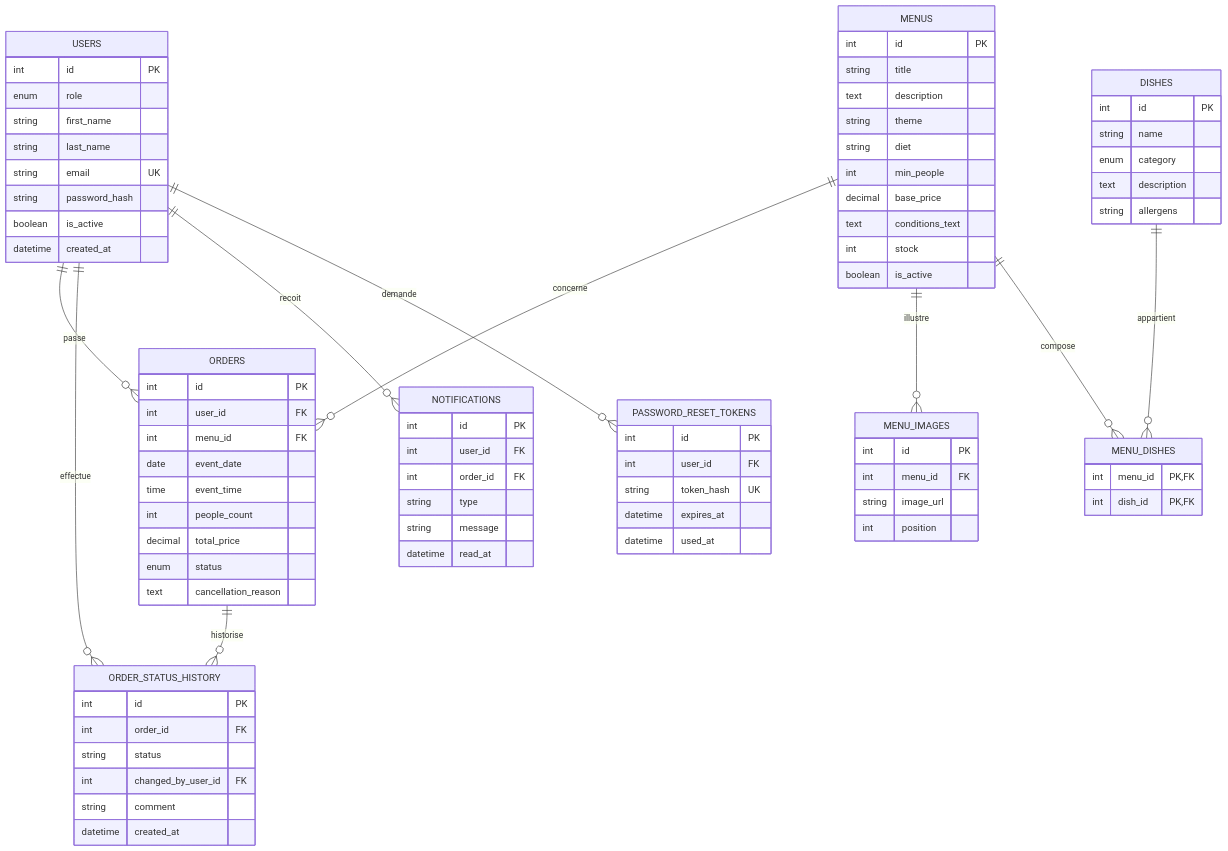
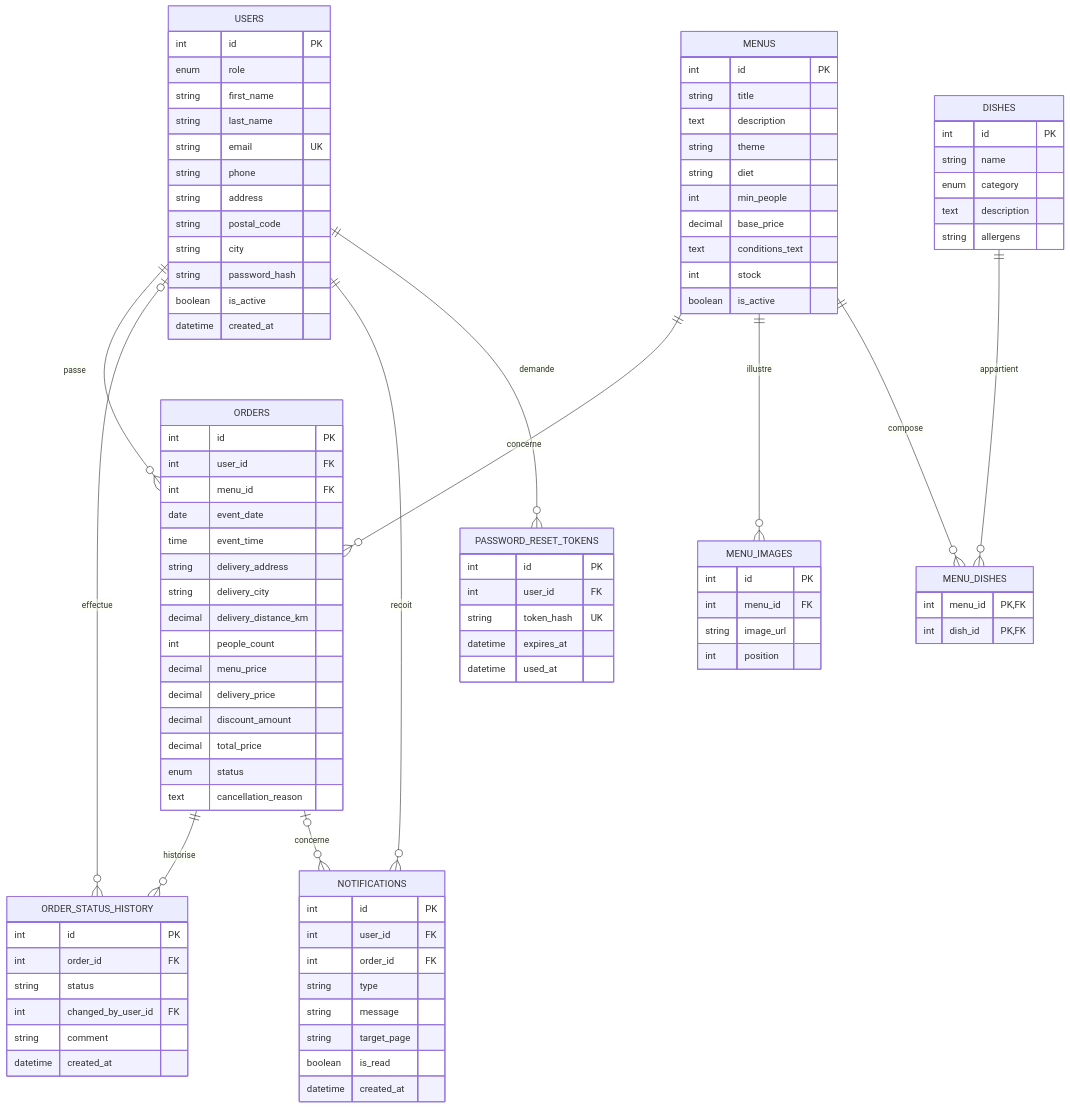
Before and after one commit to patounet3186/Viteetgourmand: the first of 6 diagrams in docs/documentation-technique.md, drawn with Mermaid. The commit also changed other lines of this file and 58 other files, not shown here.

````diff
--- a/docs/documentation-technique.md
+++ b/docs/documentation-technique.md
@@ -93,7 +99,7 @@
 ```mermaid
 erDiagram
     USERS ||--o{ ORDERS : passe
-    USERS ||--o{ ORDER_STATUS_HISTORY : effectue
+    USERS o|--o{ ORDER_STATUS_HISTORY : effectue
     USERS ||--o{ NOTIFICATIONS : recoit
     USERS ||--o{ PASSWORD_RESET_TOKENS : demande
     MENUS ||--o{ ORDERS : concerne
@@ -101,6 +107,7 @@
     MENUS ||--o{ MENU_DISHES : compose
     DISHES ||--o{ MENU_DISHES : appartient
     ORDERS ||--o{ ORDER_STATUS_HISTORY : historise
+    ORDERS o|--o{ NOTIFICATIONS : concerne
 
     USERS {
         int id PK
@@ -108,6 +115,10 @@
         string first_name
         string last_name
         string email UK
+        string phone
+        string address
+        string postal_code
+        string city
         string password_hash
         boolean is_active
         datetime created_at
@@ -147,7 +158,13 @@
         int menu_id FK
         date event_date
         time event_time
+        string delivery_address
+        string delivery_city
+        decimal delivery_distance_km
         int people_count
+        decimal menu_price
+        decimal delivery_price
+        decimal discount_amount
         decimal total_price
         enum status
         text cancellation_reason
@@ -166,7 +183,9 @@
         int order_id FK
         string type
         string message
-        datetime read_at
+        string target_page
+        boolean is_read
+        datetime created_at
     }
     PASSWORD_RESET_TOKENS {
         int id PK
````
